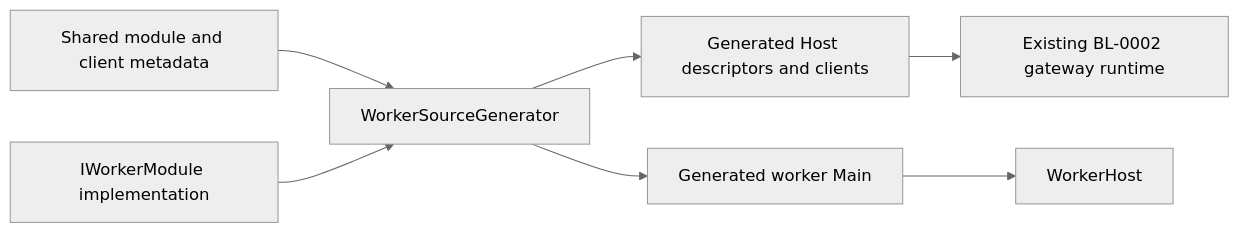
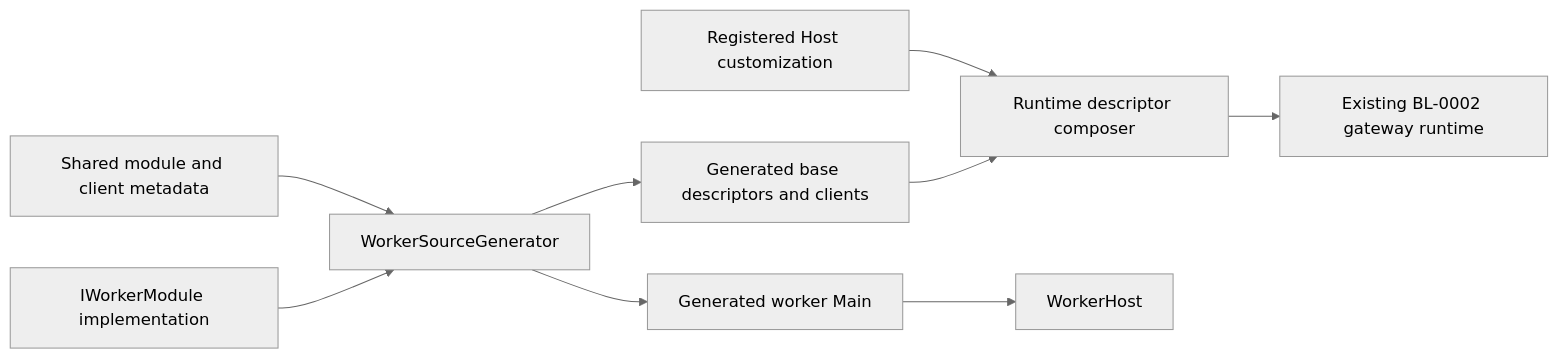
The diagram in modular-monolith/docs/architecture/overview.md (janovrom/playground), drawn with Mermaid (neutral theme) before and after one commit. The commit also changed other lines of this file and 12 other files, not shown here.

First line of the commit message:
Decouple Host customizations from generator

````diff
--- a/modular-monolith/docs/architecture/overview.md
+++ b/modular-monolith/docs/architecture/overview.md
@@ -106,9 +106,11 @@
 ```mermaid
 flowchart LR
     Contract[Shared module and client metadata] --> Generator[WorkerSourceGenerator]
     Worker[IWorkerModule implementation] --> Generator
-    Generator --> HostWiring[Generated Host descriptors and clients]
+    Generator --> HostWiring[Generated base descriptors and clients]
     Generator --> WorkerMain[Generated worker Main]
-    HostWiring --> Runtime[Existing BL-0002 gateway runtime]
+    Customization[Registered Host customization] --> Composer[Runtime descriptor composer]
+    HostWiring --> Composer
+    Composer --> Runtime[Existing BL-0002 gateway runtime]
     WorkerMain --> WorkerHost
 ```
````
